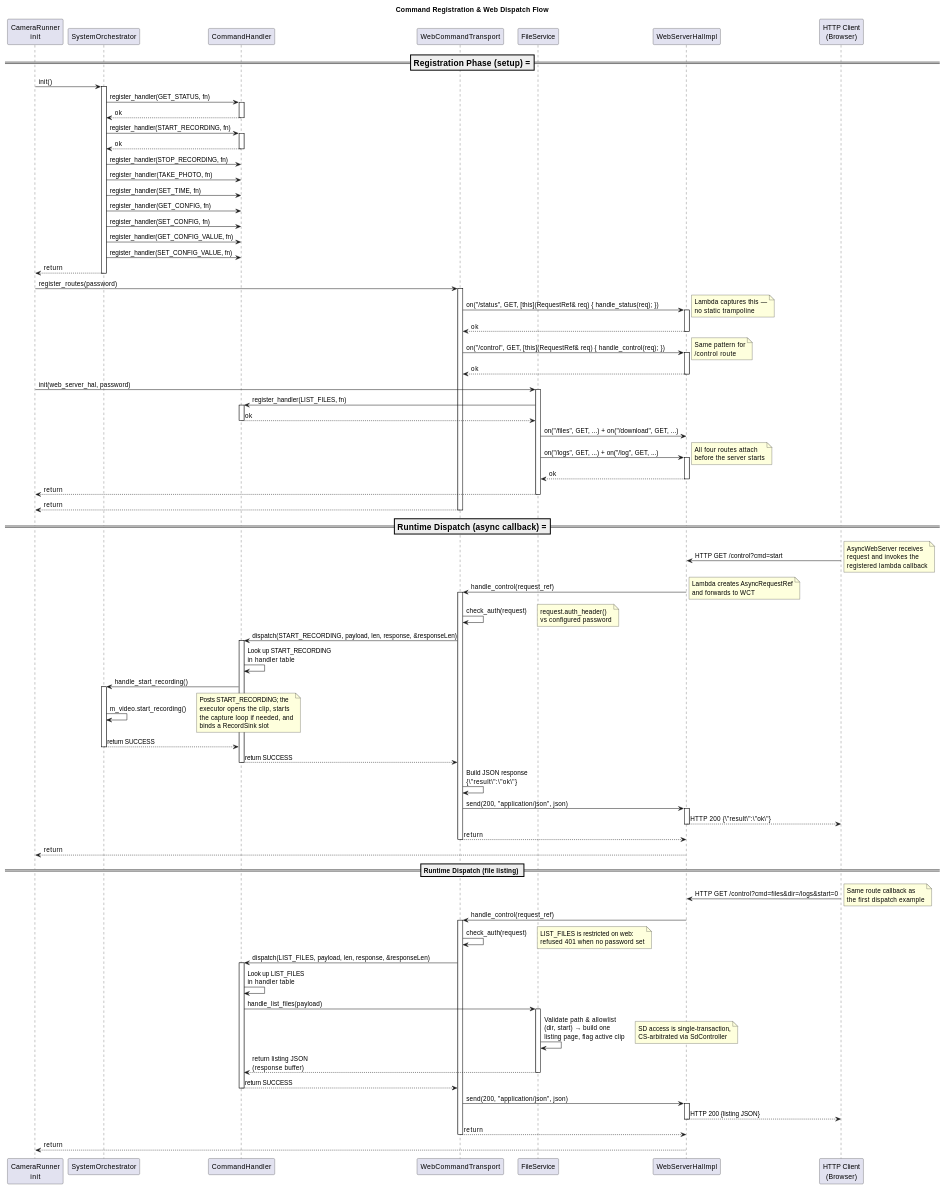
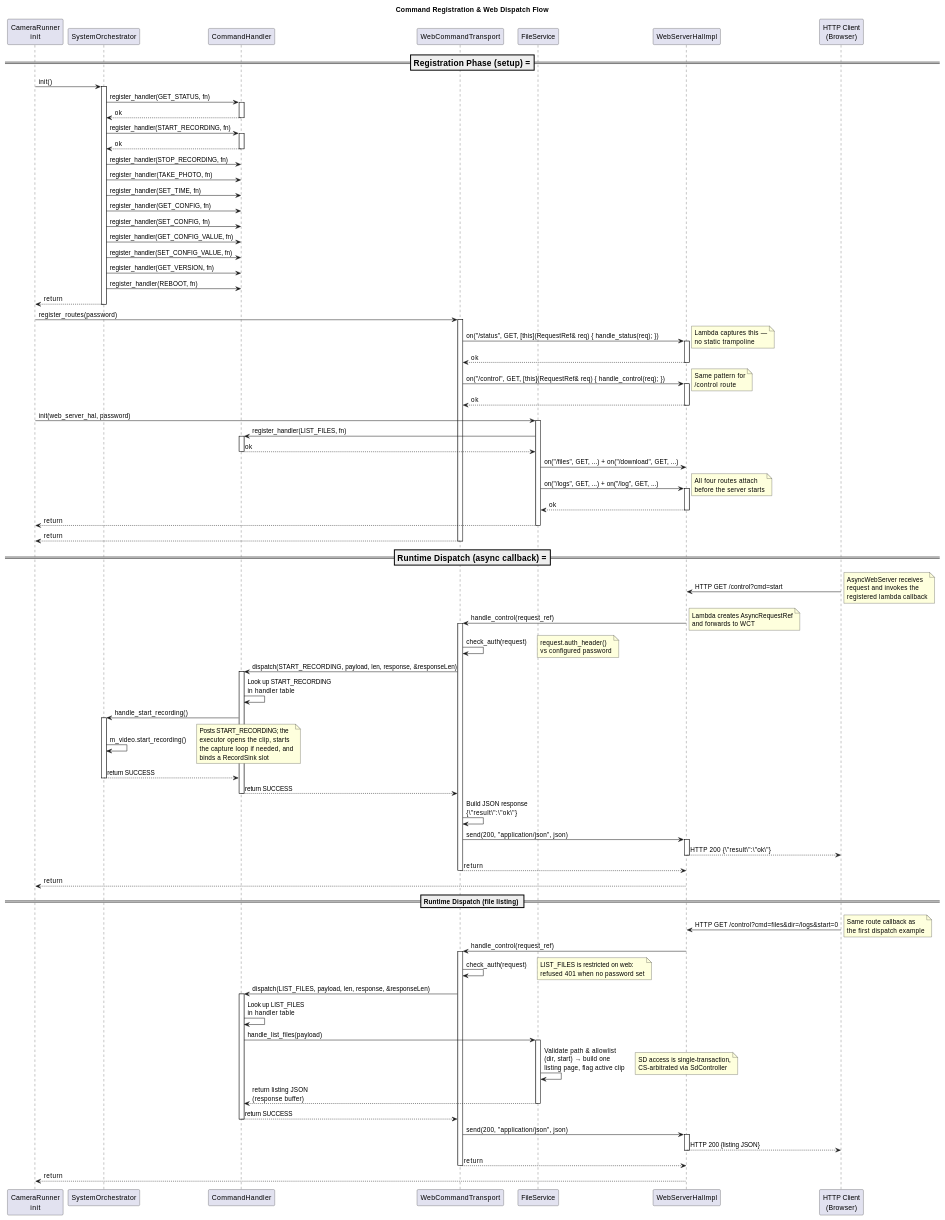
Before and after one commit to timwalsh41/micro-security-cam: the ninth of 9 diagrams in docs/SYSTEM_DESIGN.md, drawn with PlantUML. The commit also changed other lines of this file and 15 other files, not shown here.

First line of the commit message:
feat(web): add version and reboot commands plus uptime in /status (#25)

```diff
--- a/docs/SYSTEM_DESIGN.md
+++ b/docs/SYSTEM_DESIGN.md
@@ -2619,6 +2635,8 @@
 ORCH -> CMDH : register_handler(SET_CONFIG, fn)
 ORCH -> CMDH : register_handler(GET_CONFIG_VALUE, fn)
 ORCH -> CMDH : register_handler(SET_CONFIG_VALUE, fn)
+ORCH -> CMDH : register_handler(GET_VERSION, fn)
+ORCH -> CMDH : register_handler(REBOOT, fn)
 
 ORCH --> MAIN : return
 deactivate ORCH
```
